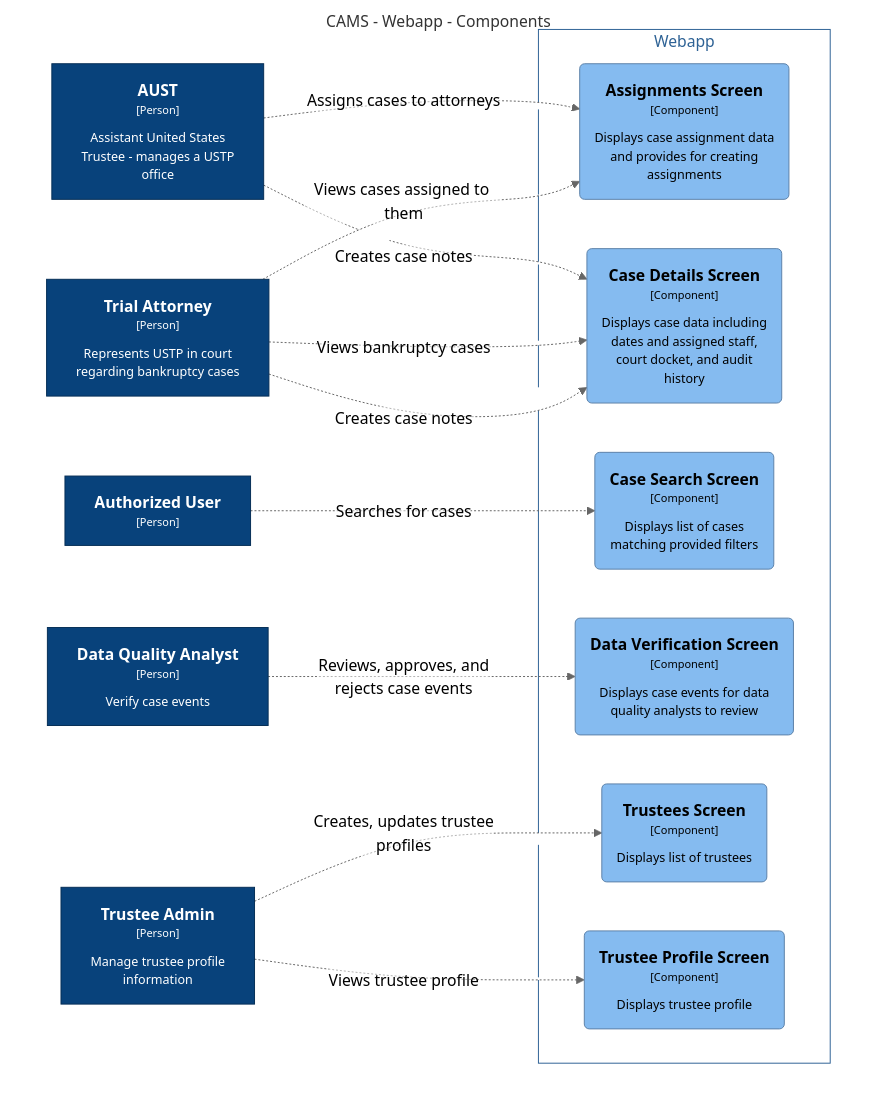
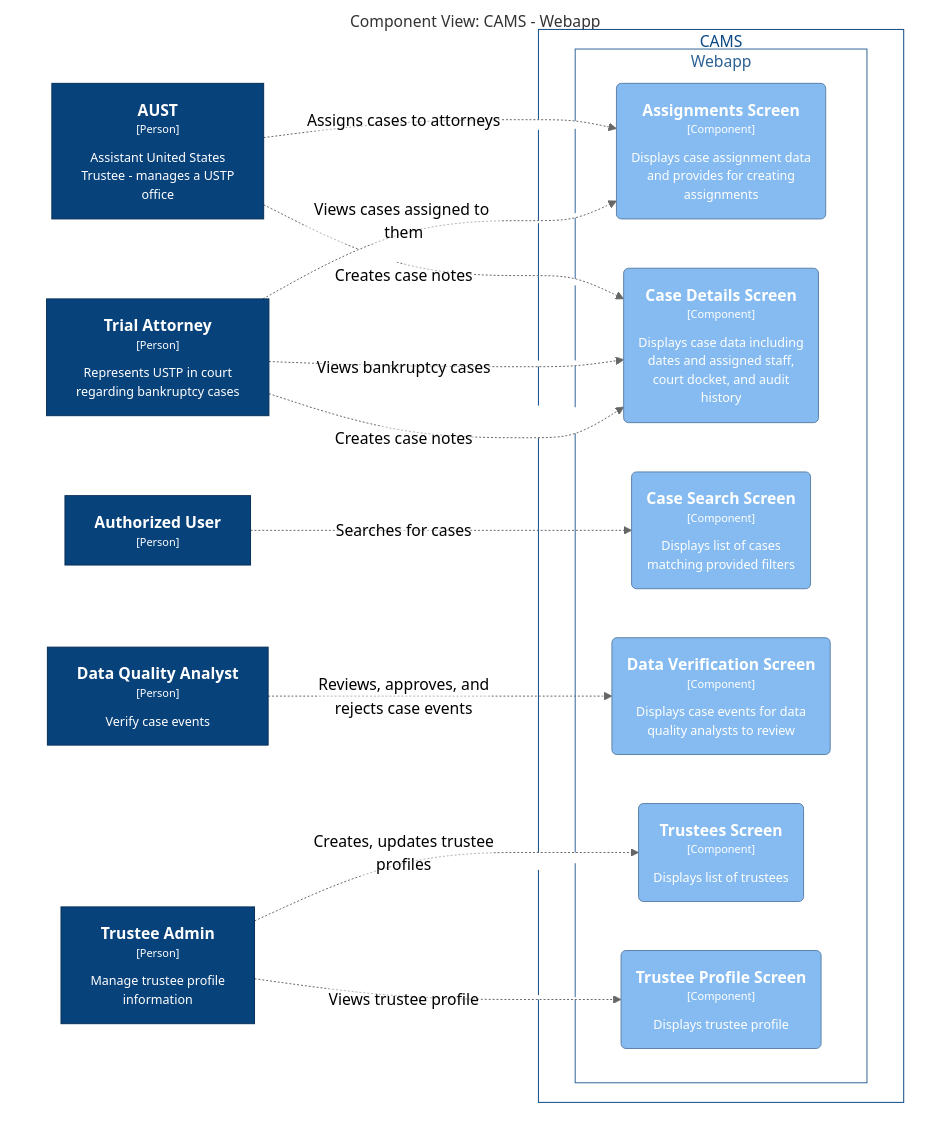
Before and after one commit to US-Trustee-Program/Bankruptcy-Oversight-Support-Systems: the diagram in docs/architecture/diagrams/cams-webapp-components.md, drawn with Mermaid (neutral theme). The commit also changed 10 other files, not shown here.

First line of the commit message:
Add script to install doc tools; regen diagrams

````diff
--- a/docs/architecture/diagrams/cams-webapp-components.md
+++ b/docs/architecture/diagrams/cams-webapp-components.md
@@ -3,46 +3,52 @@
 ```mermaid
 graph TB
   linkStyle default fill:#ffffff
 
-  subgraph diagram ["CAMS - Webapp - Components"]
+  subgraph diagram ["Component View: CAMS - Webapp"]
     style diagram fill:#ffffff,stroke:#ffffff
 
     1["<div style='font-weight: bold'>AUST</div><div style='font-size: 70%; margin-top: 0px'>[Person]</div><div style='font-size: 80%; margin-top:10px'>Assistant United States<br />Trustee - manages a USTP<br />office</div>"]
     style 1 fill:#08427b,stroke:#052e56,color:#ffffff
     2["<div style='font-weight: bold'>Trial Attorney</div><div style='font-size: 70%; margin-top: 0px'>[Person]</div><div style='font-size: 80%; margin-top:10px'>Represents USTP in court<br />regarding bankruptcy cases</div>"]
     style 2 fill:#08427b,stroke:#052e56,color:#ffffff
     3["<div style='font-weight: bold'>Data Quality Analyst</div><div style='font-size: 70%; margin-top: 0px'>[Person]</div><div style='font-size: 80%; margin-top:10px'>Verify case events</div>"]
     style 3 fill:#08427b,stroke:#052e56,color:#ffffff
     4["<div style='font-weight: bold'>Trustee Admin</div><div style='font-size: 70%; margin-top: 0px'>[Person]</div><div style='font-size: 80%; margin-top:10px'>Manage trustee profile<br />information</div>"]
     style 4 fill:#08427b,stroke:#052e56,color:#ffffff
     5["<div style='font-weight: bold'>Authorized User</div><div style='font-size: 70%; margin-top: 0px'>[Person]</div>"]
     style 5 fill:#08427b,stroke:#052e56,color:#ffffff
 
-    subgraph 10 [Webapp]
-      style 10 fill:#ffffff,stroke:#2e6295,color:#2e6295
+    subgraph 6 ["CAMS"]
+      style 6 fill:#ffffff,stroke:#0b4884,color:#0b4884
 
-      11("<div style='font-weight: bold'>Assignments Screen</div><div style='font-size: 70%; margin-top: 0px'>[Component]</div><div style='font-size: 80%; margin-top:10px'>Displays case assignment data<br />and provides for creating<br />assignments</div>")
-      style 11 fill:#85bbf0,stroke:#5d82a8,color:#000000
-      12("<div style='font-weight: bold'>Case Details Screen</div><div style='font-size: 70%; margin-top: 0px'>[Component]</div><div style='font-size: 80%; margin-top:10px'>Displays case data including<br />dates and assigned staff,<br />court docket, and audit<br />history</div>")
-      style 12 fill:#85bbf0,stroke:#5d82a8,color:#000000
-      13("<div style='font-weight: bold'>Case Search Screen</div><div style='font-size: 70%; margin-top: 0px'>[Component]</div><div style='font-size: 80%; margin-top:10px'>Displays list of cases<br />matching provided filters</div>")
-      style 13 fill:#85bbf0,stroke:#5d82a8,color:#000000
-      14("<div style='font-weight: bold'>Data Verification Screen</div><div style='font-size: 70%; margin-top: 0px'>[Component]</div><div style='font-size: 80%; margin-top:10px'>Displays case events for data<br />quality analysts to review</div>")
-      style 14 fill:#85bbf0,stroke:#5d82a8,color:#000000
-      15("<div style='font-weight: bold'>Trustees Screen</div><div style='font-size: 70%; margin-top: 0px'>[Component]</div><div style='font-size: 80%; margin-top:10px'>Displays list of trustees</div>")
-      style 15 fill:#85bbf0,stroke:#5d82a8,color:#000000
-      16("<div style='font-weight: bold'>Trustee Profile Screen</div><div style='font-size: 70%; margin-top: 0px'>[Component]</div><div style='font-size: 80%; margin-top:10px'>Displays trustee profile</div>")
-      style 16 fill:#85bbf0,stroke:#5d82a8,color:#000000
+      subgraph 10 ["Webapp"]
+        style 10 fill:#ffffff,stroke:#2e6295,color:#2e6295
+
+        11("<div style='font-weight: bold'>Assignments Screen</div><div style='font-size: 70%; margin-top: 0px'>[Component]</div><div style='font-size: 80%; margin-top:10px'>Displays case assignment data<br />and provides for creating<br />assignments</div>")
+        style 11 fill:#85bbf0,stroke:#5d82a8,color:#ffffff
+        12("<div style='font-weight: bold'>Case Details Screen</div><div style='font-size: 70%; margin-top: 0px'>[Component]</div><div style='font-size: 80%; margin-top:10px'>Displays case data including<br />dates and assigned staff,<br />court docket, and audit<br />history</div>")
+        style 12 fill:#85bbf0,stroke:#5d82a8,color:#ffffff
+        13("<div style='font-weight: bold'>Case Search Screen</div><div style='font-size: 70%; margin-top: 0px'>[Component]</div><div style='font-size: 80%; margin-top:10px'>Displays list of cases<br />matching provided filters</div>")
+        style 13 fill:#85bbf0,stroke:#5d82a8,color:#ffffff
+        14("<div style='font-weight: bold'>Data Verification Screen</div><div style='font-size: 70%; margin-top: 0px'>[Component]</div><div style='font-size: 80%; margin-top:10px'>Displays case events for data<br />quality analysts to review</div>")
+        style 14 fill:#85bbf0,stroke:#5d82a8,color:#ffffff
+        15("<div style='font-weight: bold'>Trustees Screen</div><div style='font-size: 70%; margin-top: 0px'>[Component]</div><div style='font-size: 80%; margin-top:10px'>Displays list of trustees</div>")
+        style 15 fill:#85bbf0,stroke:#5d82a8,color:#ffffff
+        16("<div style='font-weight: bold'>Trustee Profile Screen</div><div style='font-size: 70%; margin-top: 0px'>[Component]</div><div style='font-size: 80%; margin-top:10px'>Displays trustee profile</div>")
+        style 16 fill:#85bbf0,stroke:#5d82a8,color:#ffffff
+      end
+
     end
 
     1-. "<div>Creates case notes</div><div style='font-size: 70%'></div>" .->12
     2-. "<div>Views bankruptcy cases</div><div style='font-size: 70%'></div>" .->12
     2-. "<div>Creates case notes</div><div style='font-size: 70%'></div>" .->12
     1-. "<div>Assigns cases to attorneys</div><div style='font-size: 70%'></div>" .->11
     2-. "<div>Views cases assigned to them</div><div style='font-size: 70%'></div>" .->11
     3-. "<div>Reviews, approves, and<br />rejects case events</div><div style='font-size: 70%'></div>" .->14
     5-. "<div>Searches for cases</div><div style='font-size: 70%'></div>" .->13
     4-. "<div>Creates, updates trustee<br />profiles</div><div style='font-size: 70%'></div>" .->15
     4-. "<div>Views trustee profile</div><div style='font-size: 70%'></div>" .->16
+
   end
 ```
````
